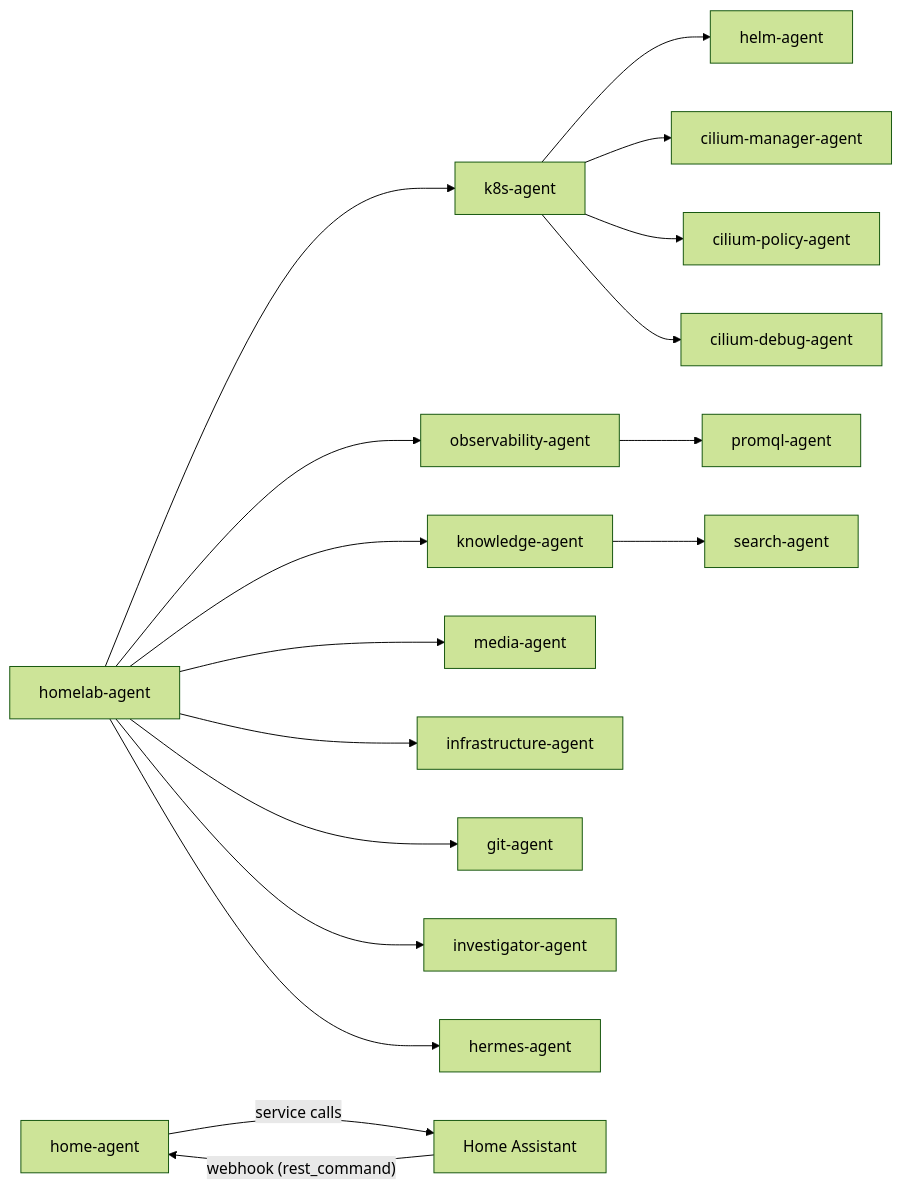
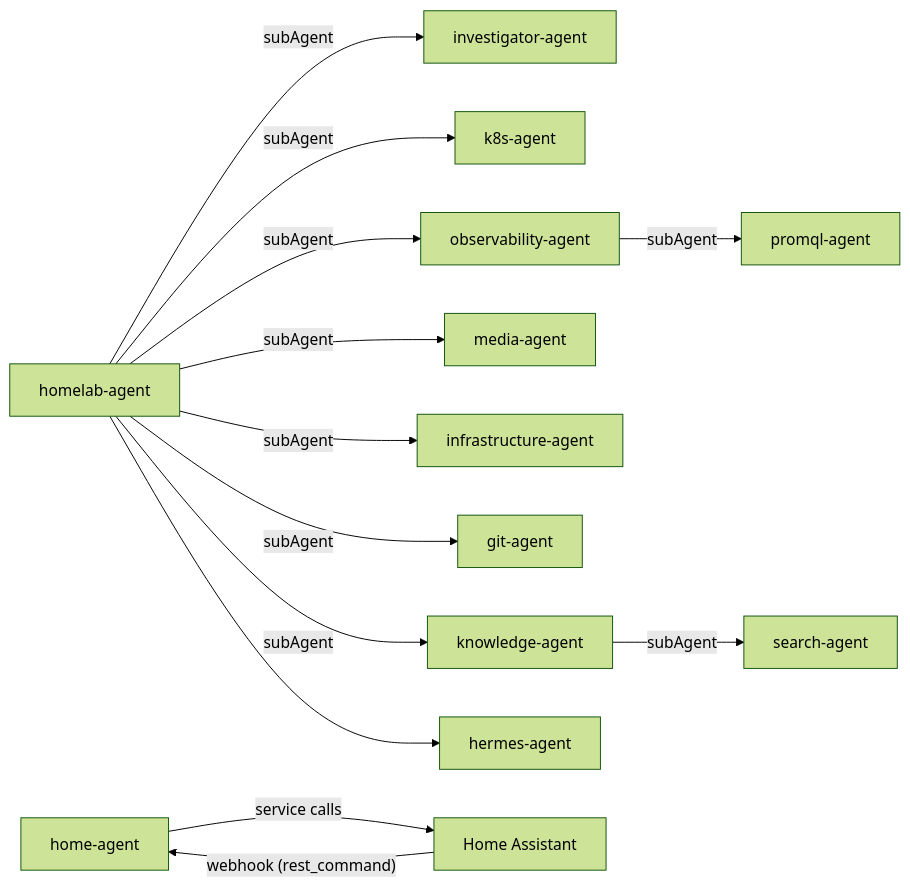
One commit to Apocrathia/homelab changed the diagram in flux/manifests/04-apps/artificial-intelligence/agents/README.md. Above: the diagram before and after it, drawn with Mermaid (forest theme). The commit also changed other lines of this file and 12 other files, not shown here.

````diff
--- a/flux/manifests/04-apps/artificial-intelligence/agents/README.md
+++ b/flux/manifests/04-apps/artificial-intelligence/agents/README.md
@@ -38,40 +44,30 @@
 ```mermaid
 flowchart LR
     H[homelab-agent]
+    INV[investigator-agent]
     K8S[k8s-agent]
-    HELM[helm-agent]
-    CILIUM_MGR[cilium-manager-agent]
     OBS[observability-agent]
-    PROMQL[promql-agent]
-    KNOW[knowledge-agent]
-    SEARCH[search-agent]
     MEDIA[media-agent]
     INFRA[infrastructure-agent]
     GIT[git-agent]
-    INV[investigator-agent]
+    KNOW[knowledge-agent]
+    SEARCH[search-agent]
+    PROMQL[promql-agent]
     HERMES[hermes-agent]
-    CILIUM_POLICY[cilium-policy-agent]
-    CILIUM_DEBUG[cilium-debug-agent]
     HOME[home-agent]
     HA[Home Assistant]
 
-    H --> K8S
-    H --> OBS
-    H --> MEDIA
-    H --> INFRA
-    H --> GIT
-    H --> KNOW
-    H --> INV
+    H -->|"subAgent"| INV
+    H -->|"subAgent"| K8S
+    H -->|"subAgent"| OBS
+    H -->|"subAgent"| MEDIA
+    H -->|"subAgent"| INFRA
+    H -->|"subAgent"| GIT
+    H -->|"subAgent"| KNOW
+    KNOW -->|"subAgent"| SEARCH
+    OBS -->|"subAgent"| PROMQL
     H --> HERMES
-
-    K8S --> HELM
-    K8S --> CILIUM_MGR
-    K8S --> CILIUM_POLICY
-    K8S --> CILIUM_DEBUG
-
-    KNOW --> SEARCH
-    OBS --> PROMQL
 
     HA -->|"webhook (rest_command)"| HOME
     HOME -->|"service calls"| HA
 ```
````
